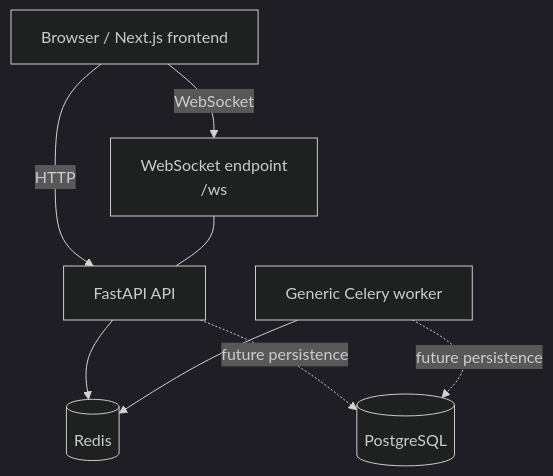
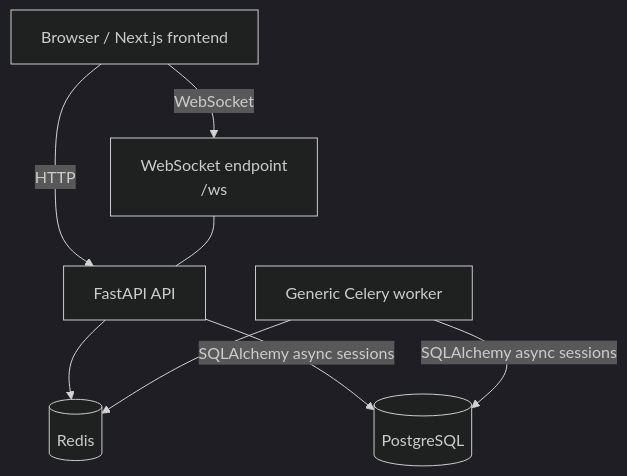
One commit to rileyrushton05/floorsync changed the diagram in docs/architecture.md. Above: the diagram before and after it, drawn with Mermaid (dark theme). The commit also changed other lines of this file and 2 other files, not shown here.

````diff
--- a/docs/architecture.md
+++ b/docs/architecture.md
@@ -9,17 +9,17 @@
 ```mermaid
 flowchart TB
     browser["Browser / Next.js frontend"]
     api["FastAPI API"]
     ws["WebSocket endpoint\n/ws"]
     worker["Generic Celery worker"]
     redis[("Redis")]
     postgres[("PostgreSQL")]
 
     browser -->|"HTTP"| api
     browser -->|"WebSocket"| ws
     ws --- api
     api --> redis
     worker --> redis
-    api -. "future persistence" .-> postgres
-    worker -. "future persistence" .-> postgres
+    api -->|"SQLAlchemy async sessions"| postgres
+    worker -->|"SQLAlchemy async sessions"| postgres
 ```
````
